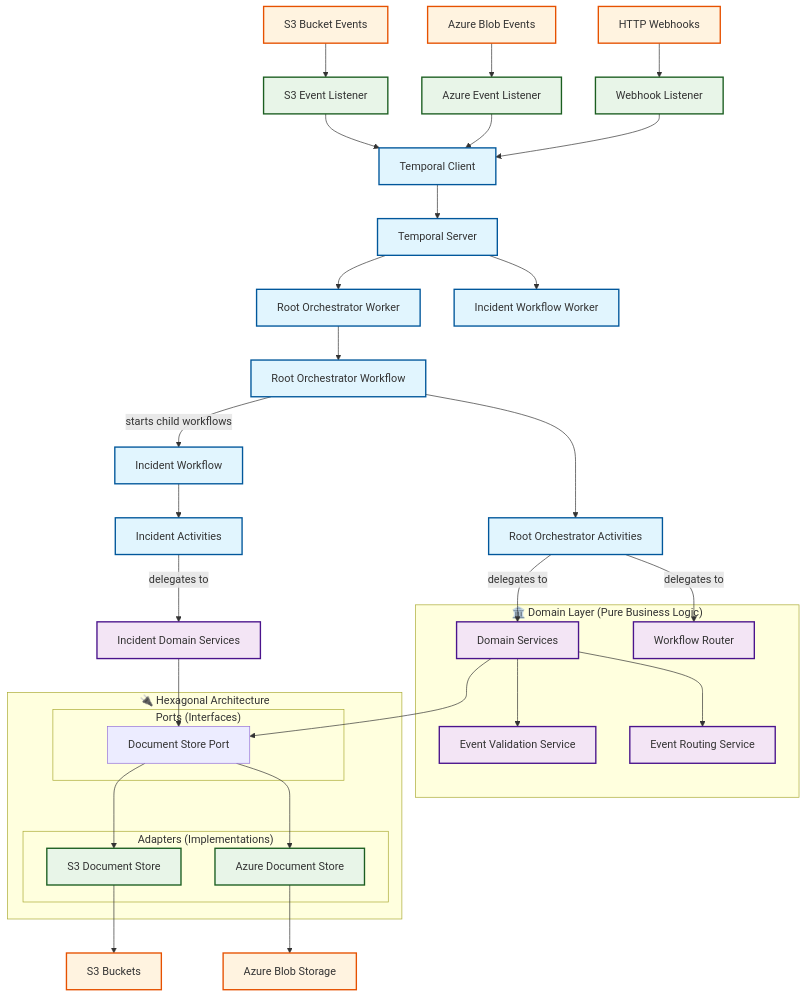
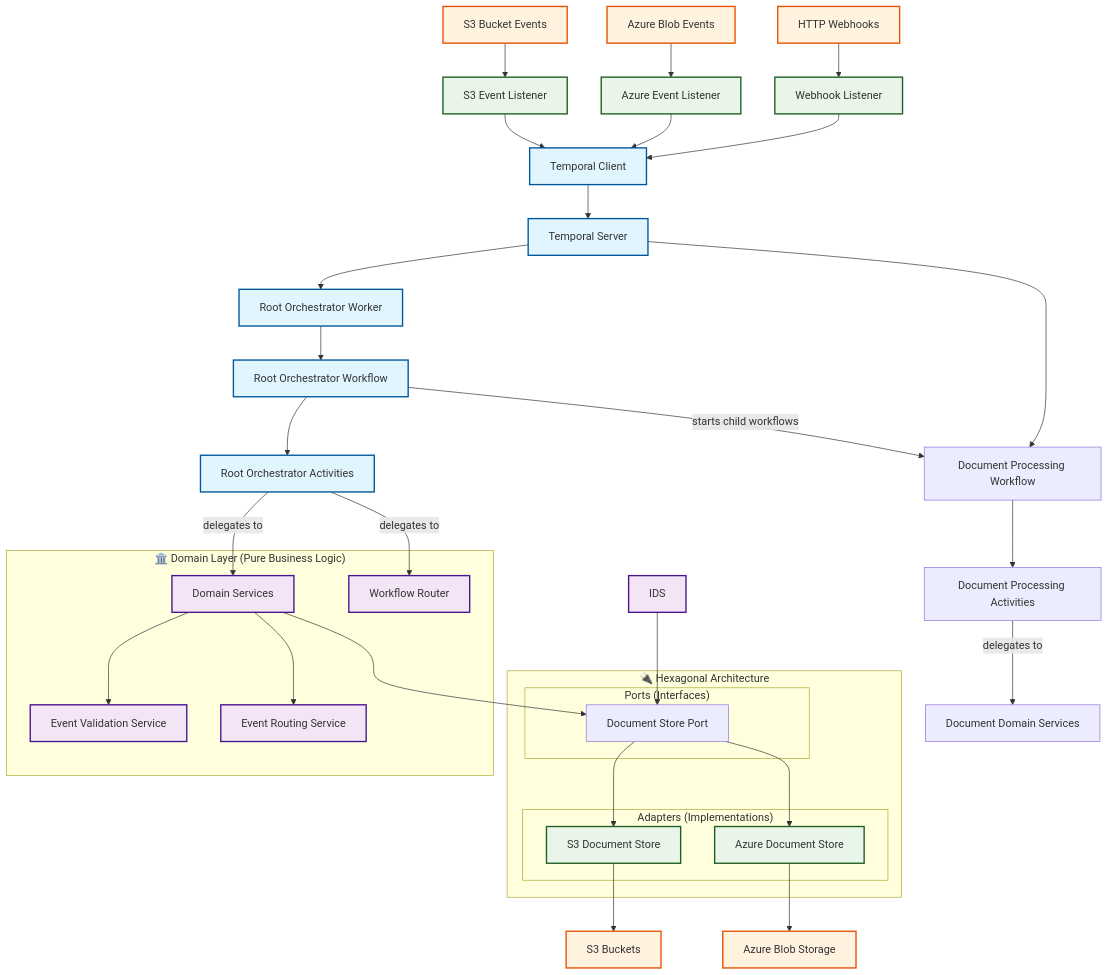
One commit to dancomanlive/temporal-flow changed the diagram in README-module-structure.md. Above: the diagram before and after it, drawn with Mermaid. The commit also changed 25 other files, not shown here.

Commit message:
refactor: Removed incident workflow

````diff
--- a/README-module-structure.md
+++ b/README-module-structure.md
@@ -54,74 +54,74 @@
 ```mermaid
 graph TB
     %% External Event Sources
     S3[S3 Bucket Events] --> S3L[S3 Event Listener]
     AZ[Azure Blob Events] --> AZL[Azure Event Listener]
     WH[HTTP Webhooks] --> WHL[Webhook Listener]
     
     %% Event Listeners to Temporal
     S3L --> TC[Temporal Client]
     AZL --> TC
     WHL --> TC
     
     %% Temporal Infrastructure
     TC --> TS[Temporal Server]
     TS --> RW[Root Orchestrator Worker]
-    TS --> IW[Incident Workflow Worker]
+    TS --> DPW[Document Processing Worker]
     
     %% Root Orchestrator Components
     RW --> ROW[Root Orchestrator Workflow]
     ROW --> ROA[Root Orchestrator Activities]
     
     %% Activity Adapters delegate to Domain Services
     ROA --> |delegates to| DS[Domain Services]
     ROA --> |delegates to| WR[Workflow Router]
     
     %% Domain Layer (Pure Business Logic)
     subgraph Domain["🏛️ Domain Layer (Pure Business Logic)"]
         DS[Domain Services]
         WR[Workflow Router]
         EV[Event Validation Service]
         ER[Event Routing Service]
         DS --> EV
         DS --> ER
     end
     
     %% Hexagonal Architecture - Ports & Adapters
     subgraph Hex["🔌 Hexagonal Architecture"]
         subgraph Ports["Ports (Interfaces)"]
             DP[Document Store Port]
         end
         
         subgraph Adapters["Adapters (Implementations)"]
             S3A[S3 Document Store]
             AZA[Azure Document Store]
         end
         
         DP --> S3A
         DP --> AZA
     end
     
     %% Domain Services use Ports
     DS --> DP
     
     %% External Systems
     S3A --> S3B[S3 Buckets]
     AZA --> AZB[Azure Blob Storage]
     
     %% Child Workflows
-    ROW --> |starts child workflows| IWF[Incident Workflow]
-    IWF --> IA[Incident Activities]
-    IA --> |delegates to| IDS[Incident Domain Services]
+    ROW --> |starts child workflows| DPW[Document Processing Workflow]
+    DPW --> DA[Document Processing Activities]
+    DA --> |delegates to| DDS[Document Domain Services]
     IDS --> DP
     
     %% Styling
     classDef temporal fill:#e1f5fe,stroke:#01579b,stroke-width:2px
     classDef domain fill:#f3e5f5,stroke:#4a148c,stroke-width:2px
     classDef adapter fill:#e8f5e8,stroke:#1b5e20,stroke-width:2px
     classDef external fill:#fff3e0,stroke:#e65100,stroke-width:2px
     
     class TC,TS,RW,IW,ROW,ROA,IWF,IA temporal
     class DS,WR,EV,ER,IDS domain
     class S3L,AZL,WHL,S3A,AZA adapter
     class S3,AZ,WH,S3B,AZB external
 ```
````
